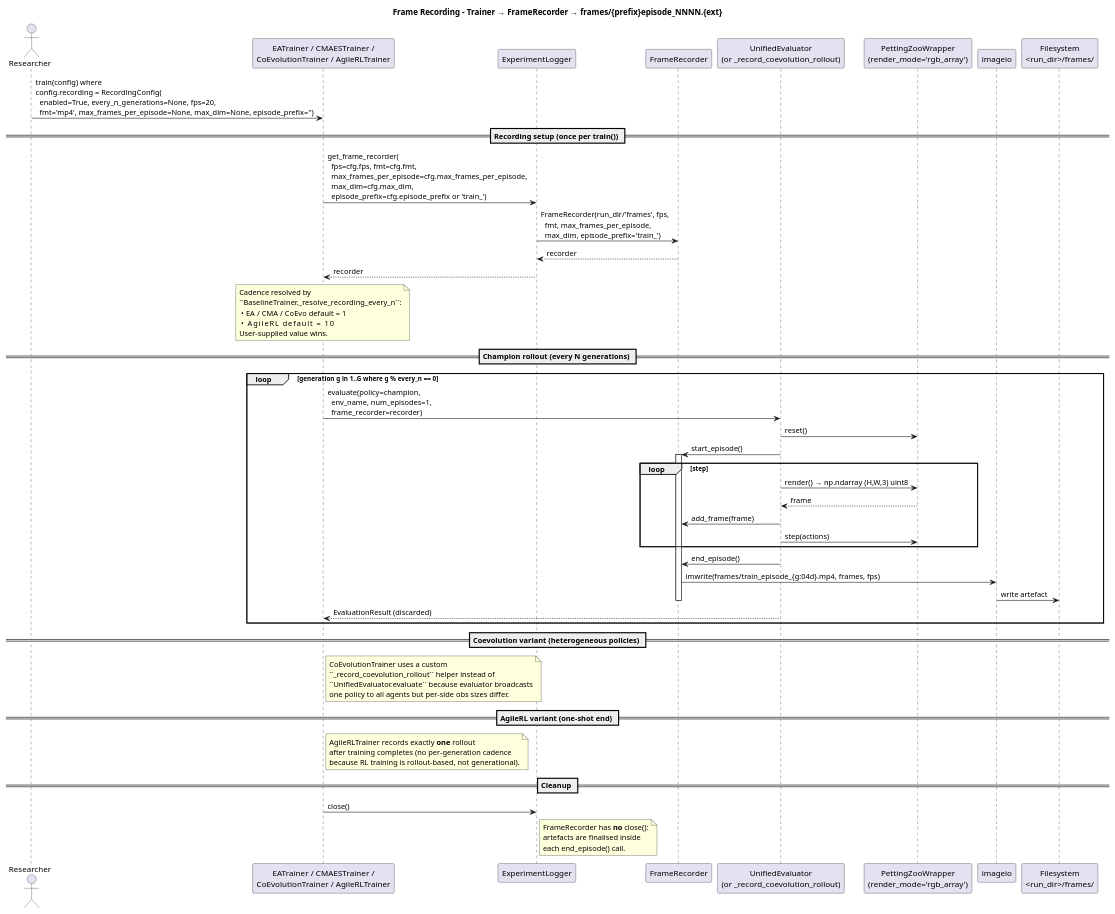
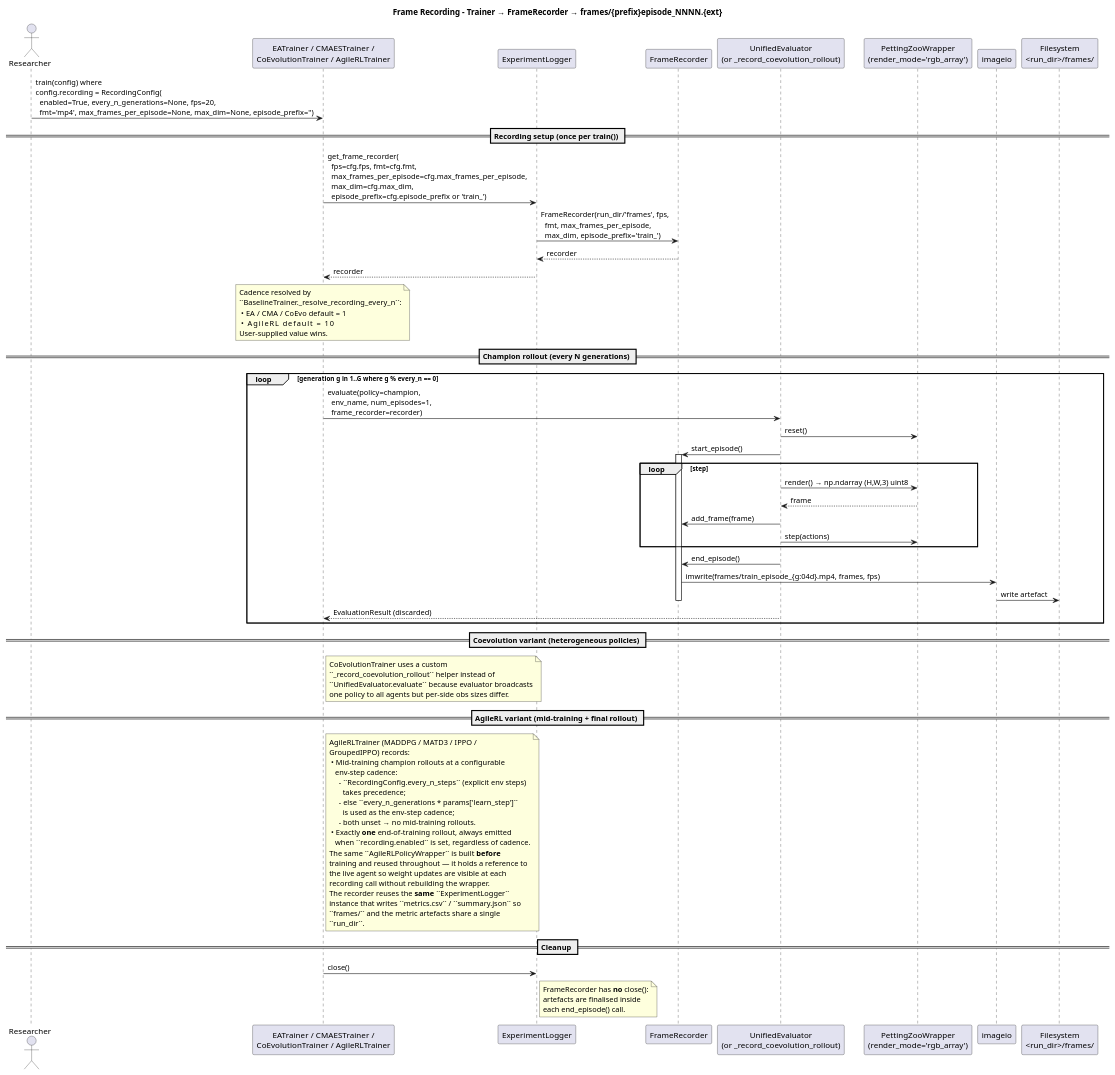
Before and after one commit to Alex180504/DEAP-Zoo-bridge: the diagram in docs/UML/sequence_frame_recording.puml, drawn with PlantUML. The commit also changed 19 other files, not shown here.

```diff
--- a/docs/UML/sequence_frame_recording.puml
+++ b/docs/UML/sequence_frame_recording.puml
@@ -1,71 +1,87 @@
 @startuml sequence_frame_recording
 title Frame Recording – Trainer → FrameRecorder → frames/{prefix}episode_NNNN.{ext}
 
 actor "Researcher" as R
 participant "EATrainer / CMAESTrainer /\nCoEvolutionTrainer / AgileRLTrainer" as T
 participant "ExperimentLogger" as EL
 participant "FrameRecorder" as FR
 participant "UnifiedEvaluator\n(or _record_coevolution_rollout)" as UE
 participant "PettingZooWrapper\n(render_mode='rgb_array')" as PZ
 participant "imageio" as IO
 participant "Filesystem\n<run_dir>/frames/" as FS
 
 R -> T: train(config) where\nconfig.recording = RecordingConfig(\n  enabled=True, every_n_generations=None, fps=20,\n  fmt='mp4', max_frames_per_episode=None, max_dim=None, episode_prefix='')
 
 == Recording setup (once per train()) ==
 T -> EL: get_frame_recorder(\n  fps=cfg.fps, fmt=cfg.fmt,\n  max_frames_per_episode=cfg.max_frames_per_episode,\n  max_dim=cfg.max_dim,\n  episode_prefix=cfg.episode_prefix or 'train_')
 EL -> FR: FrameRecorder(run_dir/'frames', fps,\n  fmt, max_frames_per_episode,\n  max_dim, episode_prefix='train_')
 FR --> EL: recorder
 EL --> T: recorder
 
 note over T
   Cadence resolved by
   ``BaselineTrainer._resolve_recording_every_n``:
    • EA / CMA / CoEvo  default = 1
    • AgileRL           default = 10
   User-supplied value wins.
 end note
 
 == Champion rollout (every N generations) ==
 loop generation g in 1..G  where g % every_n == 0
     T -> UE: evaluate(policy=champion,\n  env_name, num_episodes=1,\n  frame_recorder=recorder)
     UE -> PZ: reset()
     UE -> FR: start_episode()
     activate FR
     loop step
         UE -> PZ: render() → np.ndarray (H,W,3) uint8
         PZ --> UE: frame
         UE -> FR: add_frame(frame)
         UE -> PZ: step(actions)
     end
     UE -> FR: end_episode()
     FR -> IO: imwrite(frames/train_episode_{g:04d}.mp4, frames, fps)
     IO -> FS: write artefact
     deactivate FR
     UE --> T: EvaluationResult (discarded)
 end
 
 == Coevolution variant (heterogeneous policies) ==
 note right of T
   CoEvolutionTrainer uses a custom
   ``_record_coevolution_rollout`` helper instead of
   ``UnifiedEvaluator.evaluate`` because evaluator broadcasts
   one policy to all agents but per-side obs sizes differ.
 end note
 
-== AgileRL variant (one-shot end) ==
+== AgileRL variant (mid-training + final rollout) ==
 note right of T
-  AgileRLTrainer records exactly **one** rollout
-  after training completes (no per-generation cadence
-  because RL training is rollout-based, not generational).
+  AgileRLTrainer (MADDPG / MATD3 / IPPO /
+  GroupedIPPO) records:
+   • Mid-training champion rollouts at a configurable
+     env-step cadence:
+       - ``RecordingConfig.every_n_steps`` (explicit env steps)
+         takes precedence;
+       - else ``every_n_generations * params['learn_step']``
+         is used as the env-step cadence;
+       - both unset → no mid-training rollouts.
+   • Exactly **one** end-of-training rollout, always emitted
+     when ``recording.enabled`` is set, regardless of cadence.
+  The same ``AgileRLPolicyWrapper`` is built **before**
+  training and reused throughout — it holds a reference to
+  the live agent so weight updates are visible at each
+  recording call without rebuilding the wrapper.
+  The recorder reuses the **same** ``ExperimentLogger``
+  instance that writes ``metrics.csv`` / ``summary.json`` so
+  ``frames/`` and the metric artefacts share a single
+  ``run_dir``.
 end note
 
 == Cleanup ==
 T -> EL: close()
 note right of EL
   FrameRecorder has **no** close():
   artefacts are finalised inside
   each end_episode() call.
 end note
 
 @enduml
```
